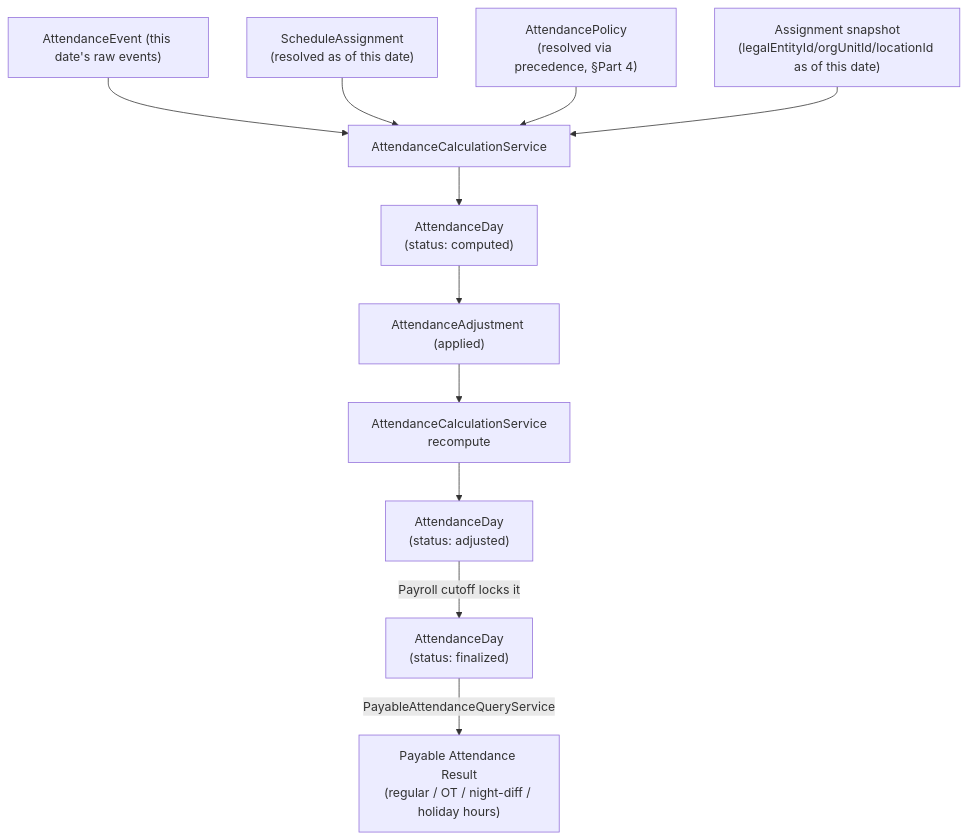
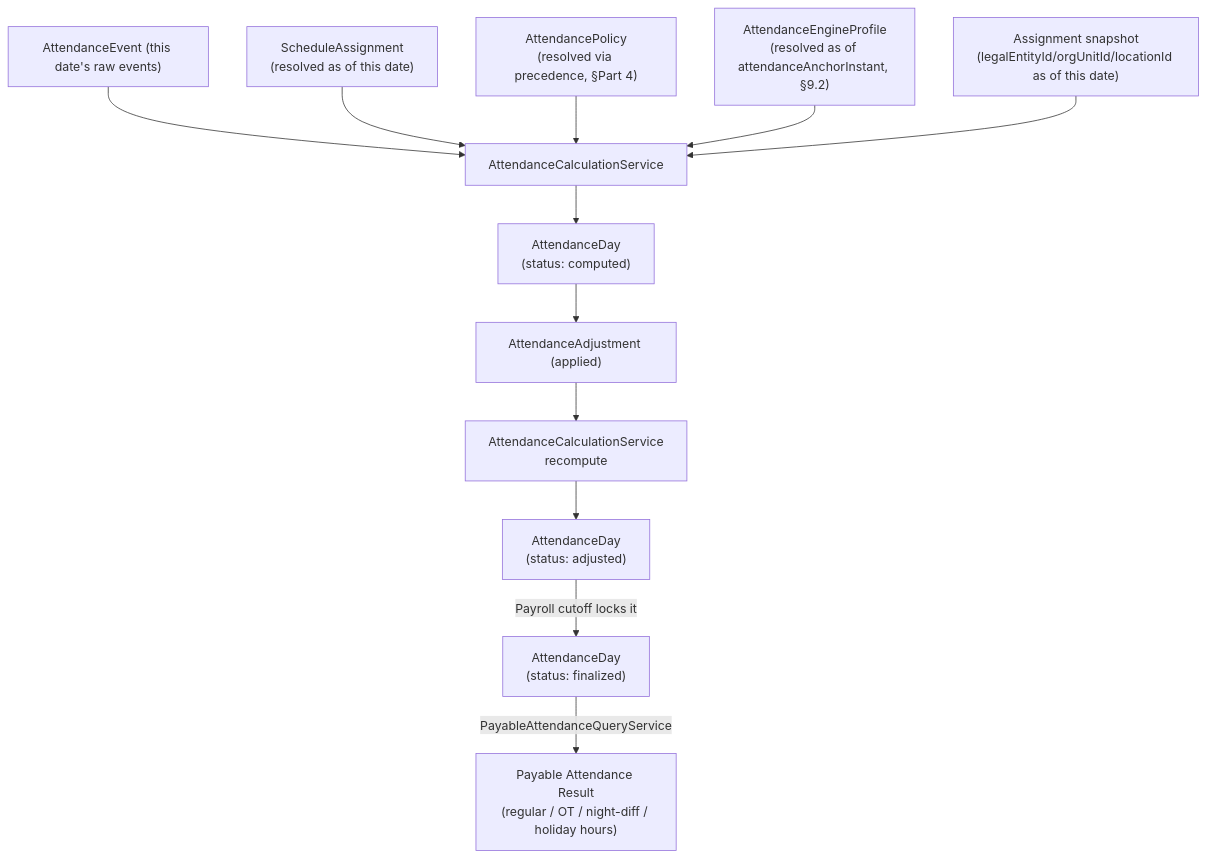
Before and after one commit to jlibranda/aura-shell: the fourth of 6 diagrams in docs/adr/ADR-014-timekeeping-temporal-and-policy-model.md, drawn with Mermaid. The commit also changed other lines of this file and 1 other file, not shown here.

Commit message:
docs(timekeeping): freeze Slice 6 attendance architecture

````diff
--- a/docs/adr/ADR-014-timekeeping-temporal-and-policy-model.md
+++ b/docs/adr/ADR-014-timekeeping-temporal-and-policy-model.md
@@ -691,13 +801,14 @@
 ```mermaid
 graph TD
     AE["AttendanceEvent (this date's raw events)"] --> Calc[AttendanceCalculationService]
     SA["ScheduleAssignment\n(resolved as of this date)"] --> Calc
     Pol["AttendancePolicy\n(resolved via precedence, §Part 4)"] --> Calc
+    EP["AttendanceEngineProfile\n(resolved as of attendanceAnchorInstant, §9.2)"] --> Calc
     Asg["Assignment snapshot\n(legalEntityId/orgUnitId/locationId as of this date)"] --> Calc
     Calc --> AD["AttendanceDay\n(status: computed)"]
     Adj["AttendanceAdjustment (applied)"] --> Calc2[AttendanceCalculationService\nrecompute]
     AD --> Adj
     Calc2 --> AD2["AttendanceDay\n(status: adjusted)"]
     AD2 -- "Payroll cutoff locks it" --> AD3["AttendanceDay\n(status: finalized)"]
     AD3 -- "PayableAttendanceQueryService" --> Payable["Payable Attendance Result\n(regular / OT / night-diff / holiday hours)"]
 ```
````
